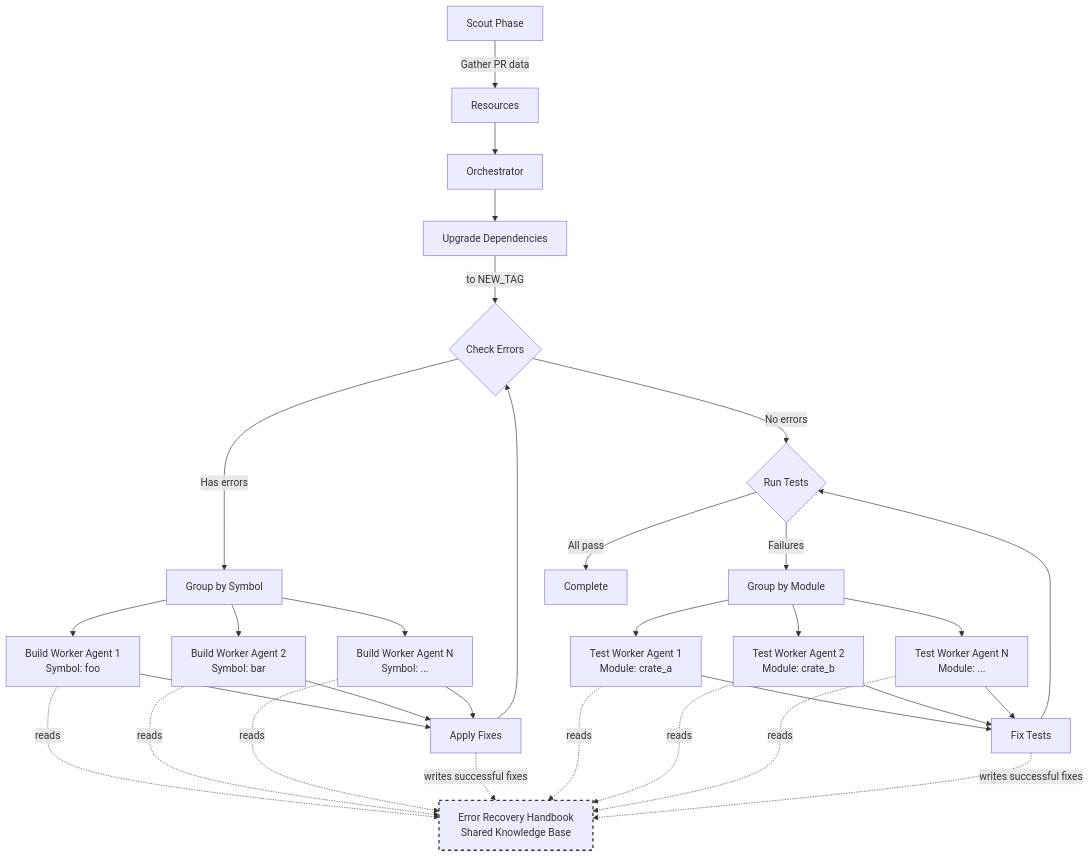
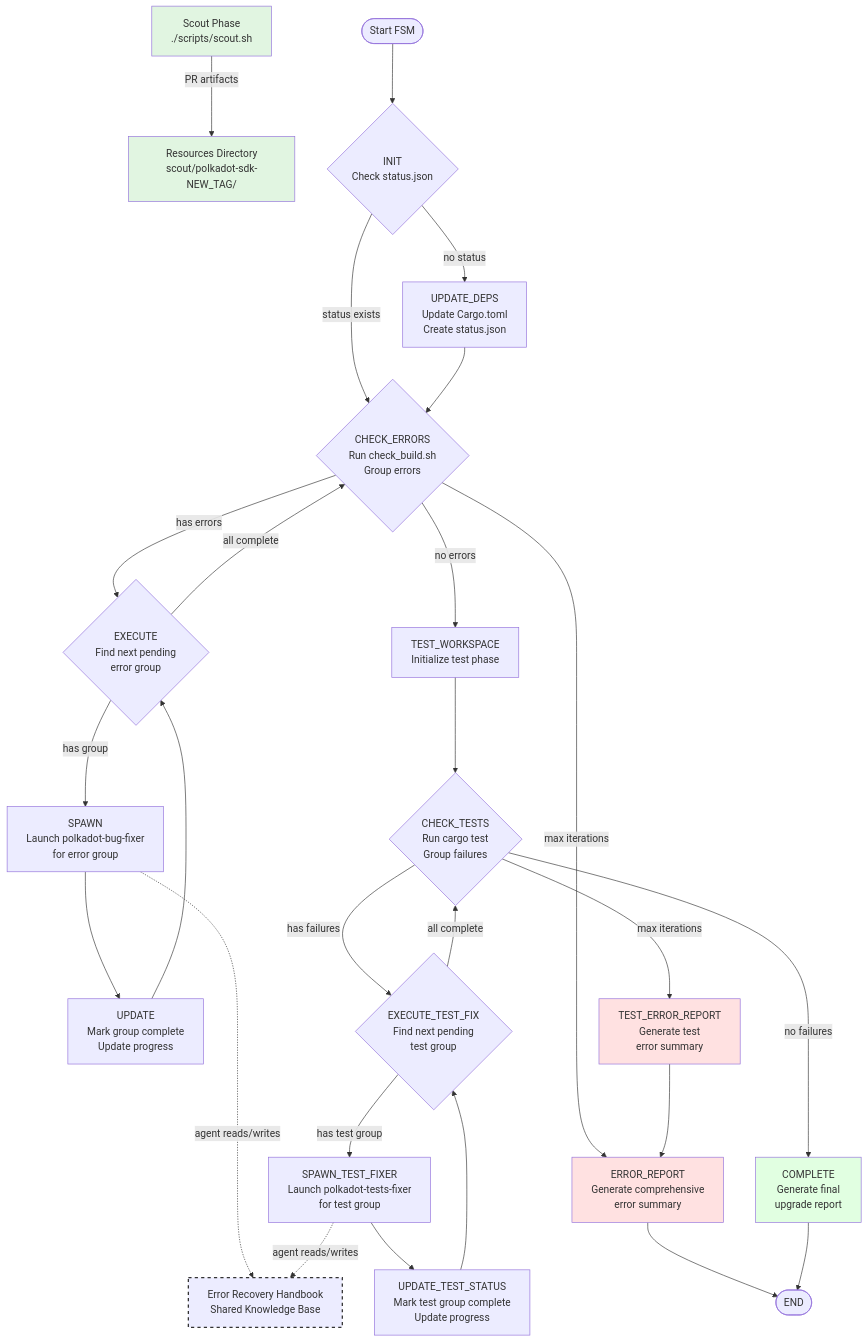
The diagram in sdk-upgrader/README.md (raynaudoe/storage-hub), drawn with Mermaid before and after one commit. The commit also changed other lines of this file and 23 other files, not shown here.

````diff
--- a/sdk-upgrader/README.md
+++ b/sdk-upgrader/README.md
@@ -15,49 +15,57 @@
 ```mermaid
 graph TD
-    A[Scout Phase] -->|Gather PR data| B[Resources]
-    B --> C[Orchestrator]
-    C --> D[Upgrade Dependencies]
-    D -->|to NEW_TAG| E{Check Errors}
-    E -->|Has errors| F[Group by Symbol]
+    %% Scout Phase (runs before FSM)
+    SCOUT[Scout Phase<br/>./scripts/scout.sh] -->|PR artifacts| RESOURCES[Resources Directory<br/>scout/polkadot-sdk-NEW_TAG/]
     
-    %% Build Workers
-    F --> G1[Build Worker Agent 1<br/>Symbol: foo]
-    F --> G2[Build Worker Agent 2<br/>Symbol: bar]
-    F --> G3[Build Worker Agent N<br/>Symbol: ...]
+    %% FSM States
+    START([Start FSM]) --> INIT{INIT<br/>Check status.json}
+    INIT -->|status exists| CHECK_ERRORS
+    INIT -->|no status| UPDATE_DEPS
     
-    %% Error Recovery Handbook - Collaborative Learning
+    UPDATE_DEPS[UPDATE_DEPS<br/>Update Cargo.toml<br/>Create status.json] --> CHECK_ERRORS
+    
+    CHECK_ERRORS{CHECK_ERRORS<br/>Run check_build.sh<br/>Group errors} -->|has errors| EXECUTE
+    CHECK_ERRORS -->|no errors| TEST_WORKSPACE
+    CHECK_ERRORS -->|max iterations| ERROR_REPORT
+    
+    EXECUTE{EXECUTE<br/>Find next pending<br/>error group} -->|has group| SPAWN
+    EXECUTE -->|all complete| CHECK_ERRORS
+    
+    SPAWN[SPAWN<br/>Launch polkadot-bug-fixer<br/>for error group] --> UPDATE
+    
+    UPDATE[UPDATE<br/>Mark group complete<br/>Update progress] --> EXECUTE
+    
+    TEST_WORKSPACE[TEST_WORKSPACE<br/>Initialize test phase] --> CHECK_TESTS
+    
+    CHECK_TESTS{CHECK_TESTS<br/>Run cargo test<br/>Group failures} -->|has failures| EXECUTE_TEST_FIX
+    CHECK_TESTS -->|no failures| COMPLETE
+    CHECK_TESTS -->|max iterations| TEST_ERROR_REPORT
+    
+    EXECUTE_TEST_FIX{EXECUTE_TEST_FIX<br/>Find next pending<br/>test group} -->|has test group| SPAWN_TEST_FIXER
+    EXECUTE_TEST_FIX -->|all complete| CHECK_TESTS
+    
+    SPAWN_TEST_FIXER[SPAWN_TEST_FIXER<br/>Launch polkadot-tests-fixer<br/>for test group] --> UPDATE_TEST_STATUS
+    
+    UPDATE_TEST_STATUS[UPDATE_TEST_STATUS<br/>Mark test group complete<br/>Update progress] --> EXECUTE_TEST_FIX
+    
+    TEST_ERROR_REPORT[TEST_ERROR_REPORT<br/>Generate test<br/>error summary] --> ERROR_REPORT
+    
+    ERROR_REPORT[ERROR_REPORT<br/>Generate comprehensive<br/>error summary] --> END_STATE
+    
+    COMPLETE[COMPLETE<br/>Generate final<br/>upgrade report] --> END_STATE
+    
+    END_STATE([END])
+    
+    %% Error Recovery Handbook (shared knowledge)
     EH[Error Recovery Handbook<br/>Shared Knowledge Base]
-    G1 -.->|reads| EH
-    G2 -.->|reads| EH
-    G3 -.->|reads| EH
+    SPAWN -.->|agent reads/writes| EH
+    SPAWN_TEST_FIXER -.->|agent reads/writes| EH
     
-    G1 --> H[Apply Fixes]
-    G2 --> H
-    G3 --> H
-    
-    H -.->|writes successful fixes| EH
-    H --> E
-    
-    E -->|No errors| I{Run Tests}
-    I -->|Failures| J[Group by Module]
-    
-    %% Test Workers
-    J --> K1[Test Worker Agent 1<br/>Module: crate_a]
-    J --> K2[Test Worker Agent 2<br/>Module: crate_b]
-    J --> K3[Test Worker Agent N<br/>Module: ...]
-    
-    K1 -.->|reads| EH
-    K2 -.->|reads| EH
-    K3 -.->|reads| EH
-    
-    K1 --> L[Fix Tests]
-    K2 --> L
-    K3 --> L
-    
-    L -.->|writes successful fixes| EH
-    L --> I
-    I -->|All pass| M[Complete]
-    
-    %% Style the handbook
+    %% Styling
     style EH stroke:#333,stroke-width:2px,stroke-dasharray: 5 5
+    style SCOUT fill:#e1f5e1
+    style RESOURCES fill:#e1f5e1
+    style ERROR_REPORT fill:#ffe1e1
+    style TEST_ERROR_REPORT fill:#ffe1e1
+    style COMPLETE fill:#e1ffe1
 ```
````
